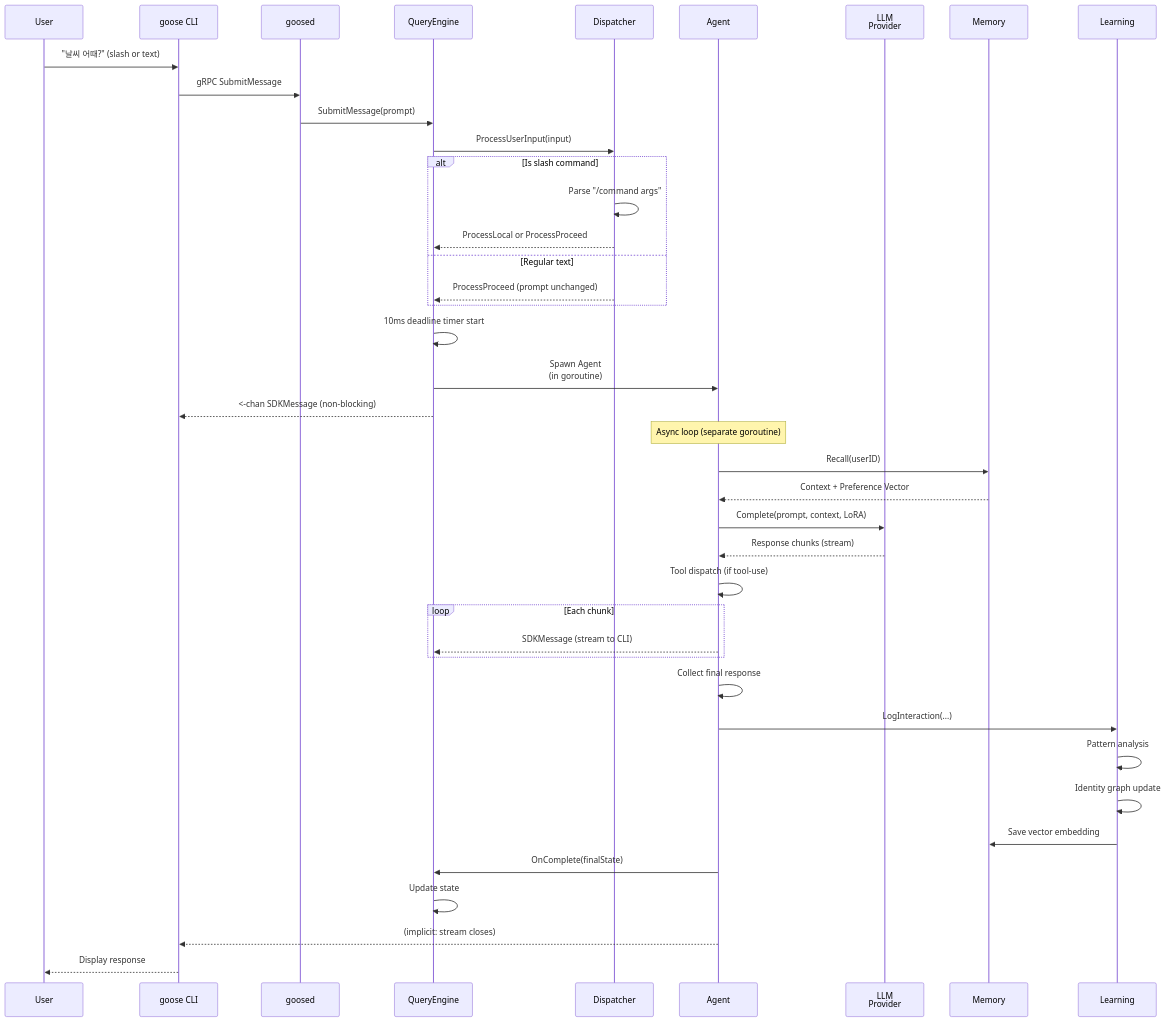
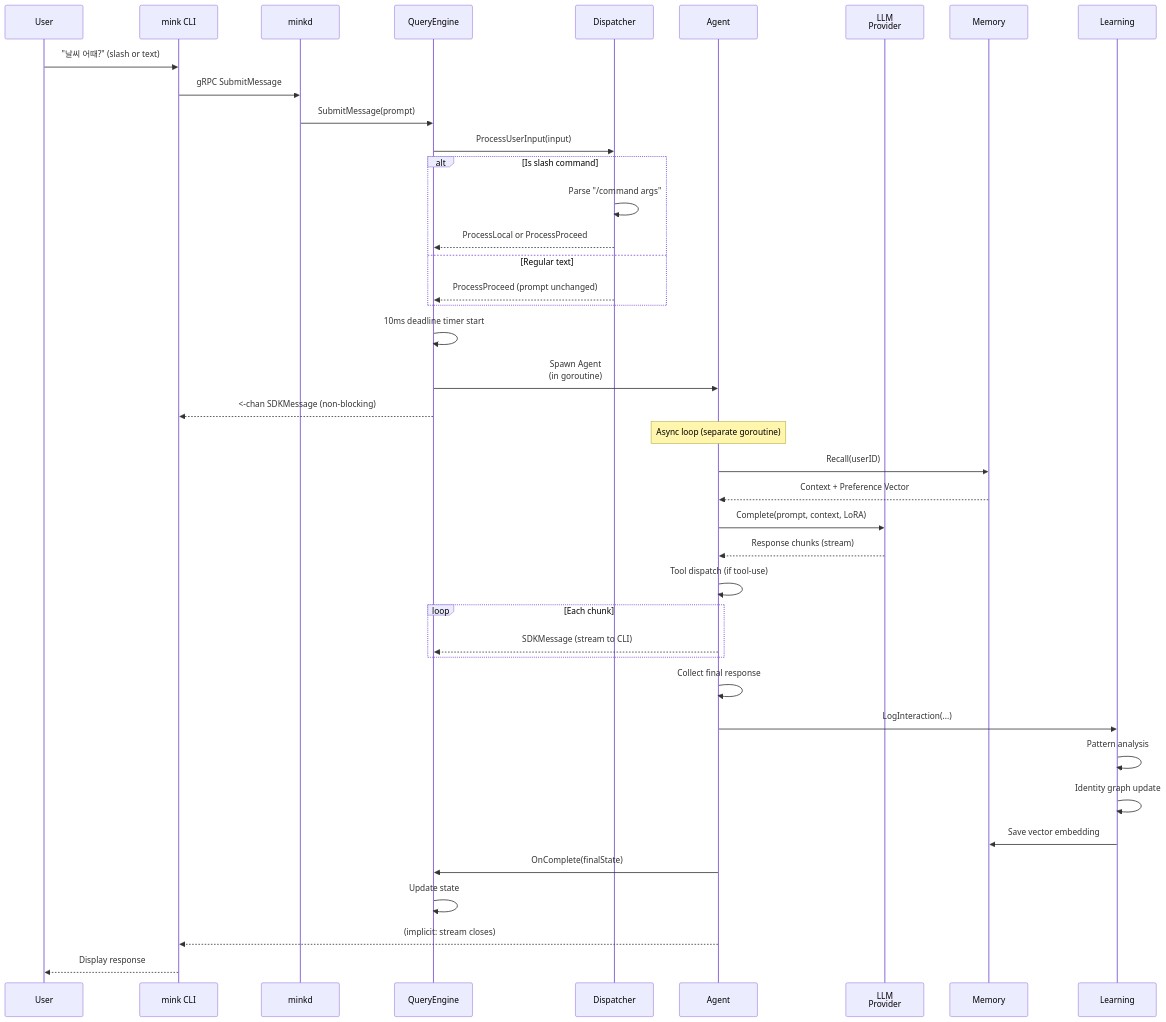
One commit to modu-ai/mink changed the second of 2 diagrams in .moai/project/codemaps/architecture.md. Above: the diagram before and after it, drawn with Mermaid. The commit also changed other lines of this file and 9 other files, not shown here.

````diff
--- a/.moai/project/codemaps/architecture.md
+++ b/.moai/project/codemaps/architecture.md
@@ -138,54 +137,54 @@
 ```mermaid
 sequenceDiagram
     participant U as User
-    participant CLI as goose CLI
-    participant DAEMON as goosed
+    participant CLI as mink CLI
+    participant DAEMON as minkd
     participant QUERY as QueryEngine
     participant CMD as Dispatcher
     participant AGENT as Agent
     participant LLM as LLM<br/>Provider
     participant MEM as Memory
     participant LEARN as Learning
     
     U->>CLI: "날씨 어때?" (slash or text)
     CLI->>DAEMON: gRPC SubmitMessage
     DAEMON->>QUERY: SubmitMessage(prompt)
     QUERY->>CMD: ProcessUserInput(input)
     
     alt Is slash command
         CMD->>CMD: Parse "/command args"
         CMD-->>QUERY: ProcessLocal or ProcessProceed
     else Regular text
         CMD-->>QUERY: ProcessProceed (prompt unchanged)
     end
     
     QUERY->>QUERY: 10ms deadline timer start
     QUERY->>AGENT: Spawn Agent<br/>(in goroutine)
     QUERY-->>CLI: <-chan SDKMessage (non-blocking)
     
     Note over AGENT: Async loop (separate goroutine)
     
     AGENT->>MEM: Recall(userID)
     MEM-->>AGENT: Context + Preference Vector
     
     AGENT->>LLM: Complete(prompt, context, LoRA)
     LLM-->>AGENT: Response chunks (stream)
     
     AGENT->>AGENT: Tool dispatch (if tool-use)
     
     loop Each chunk
         AGENT-->>QUERY: SDKMessage (stream to CLI)
     end
     
     AGENT->>AGENT: Collect final response
     AGENT->>LEARN: LogInteraction(...)
     LEARN->>LEARN: Pattern analysis
     LEARN->>LEARN: Identity graph update
     LEARN->>MEM: Save vector embedding
     
     AGENT->>QUERY: OnComplete(finalState)
     QUERY->>QUERY: Update state
     
     AGENT-->>CLI: (implicit: stream closes)
     CLI-->>U: Display response
 ```
````
